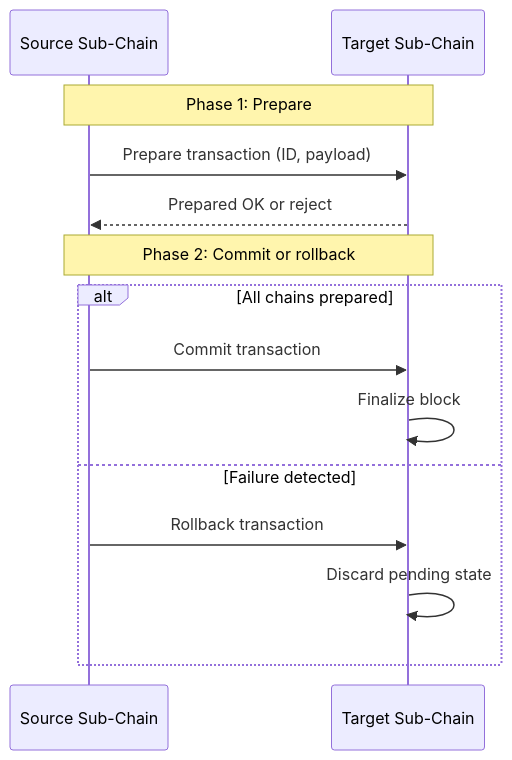
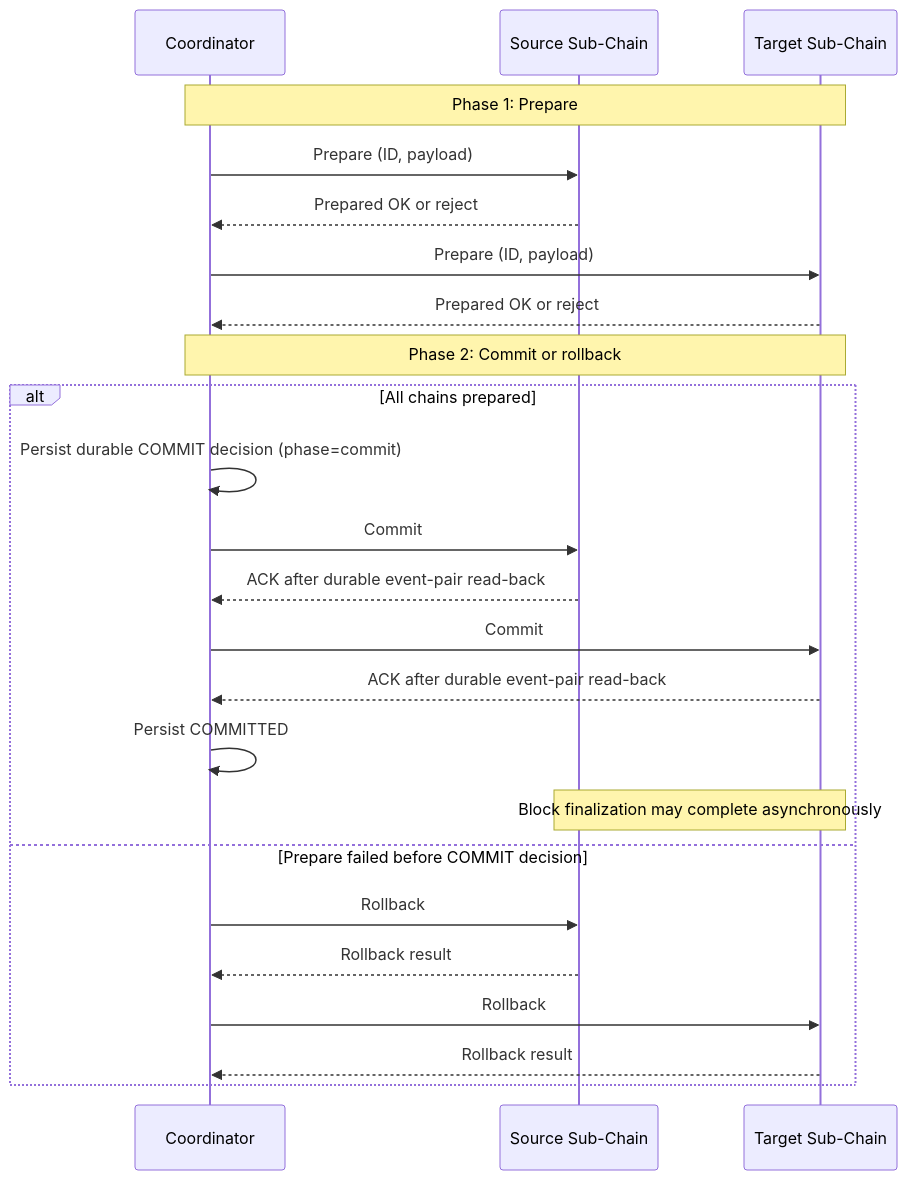
The diagram in docs/en/modules/domains.md (VanDung-dev/HieraChain), drawn with Mermaid before and after one commit. The commit also changed other lines of this file and 158 other files, not shown here.

````diff
--- a/docs/en/modules/domains.md
+++ b/docs/en/modules/domains.md
@@ -55,18 +55,28 @@
 ```mermaid
 sequenceDiagram
+    participant Coordinator
     participant Source as Source Sub-Chain
     participant Target as Target Sub-Chain
-    
-    Note over Source, Target: Phase 1: Prepare
-    Source->>Target: Prepare transaction (ID, payload)
-    Target-->>Source: Prepared OK or reject
-    
-    Note over Source, Target: Phase 2: Commit or rollback
+
+    Note over Coordinator, Target: Phase 1: Prepare
+    Coordinator->>Source: Prepare (ID, payload)
+    Source-->>Coordinator: Prepared OK or reject
+    Coordinator->>Target: Prepare (ID, payload)
+    Target-->>Coordinator: Prepared OK or reject
+
+    Note over Coordinator, Target: Phase 2: Commit or rollback
     alt All chains prepared
-        Source->>Target: Commit transaction
-        Target->>Target: Finalize block
-    else Failure detected
-        Source->>Target: Rollback transaction
-        Target->>Target: Discard pending state
+        Coordinator->>Coordinator: Persist durable COMMIT decision (phase=commit)
+        Coordinator->>Source: Commit
+        Source-->>Coordinator: ACK after durable event-pair read-back
+        Coordinator->>Target: Commit
+        Target-->>Coordinator: ACK after durable event-pair read-back
+        Coordinator->>Coordinator: Persist COMMITTED
+        Note over Source, Target: Block finalization may complete asynchronously
+    else Prepare failed before COMMIT decision
+        Coordinator->>Source: Rollback
+        Source-->>Coordinator: Rollback result
+        Coordinator->>Target: Rollback
+        Target-->>Coordinator: Rollback result
     end
 ```
````
